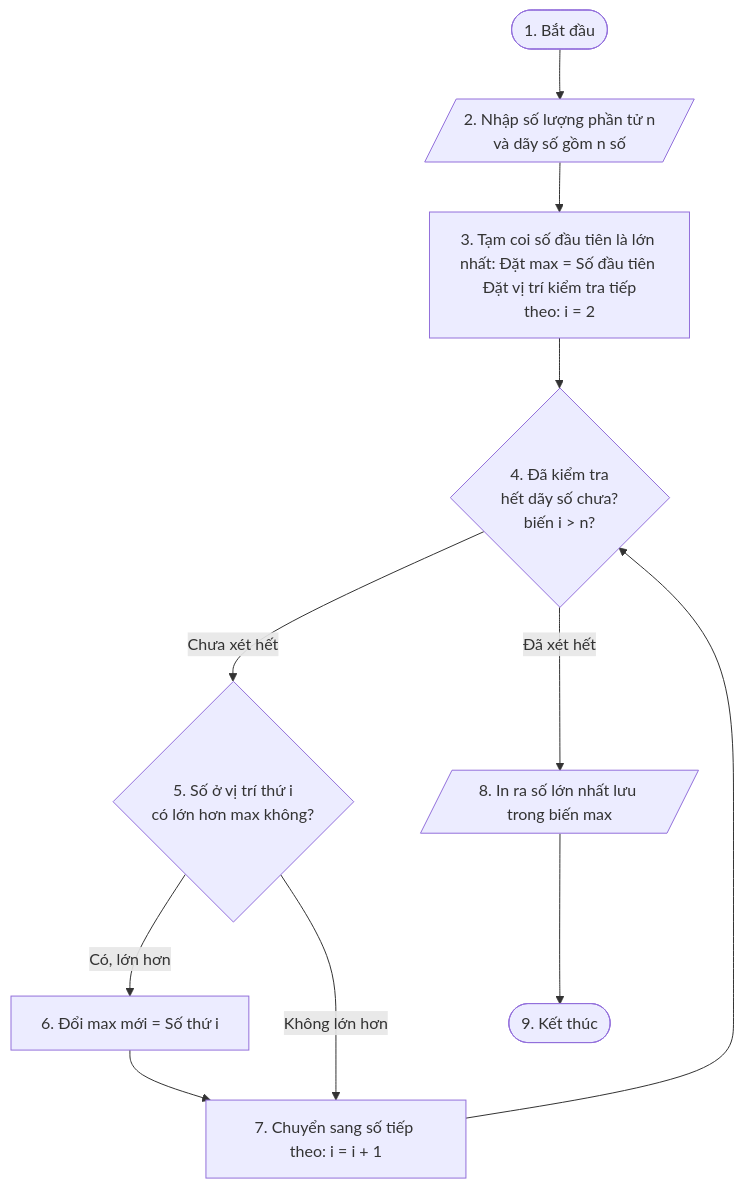
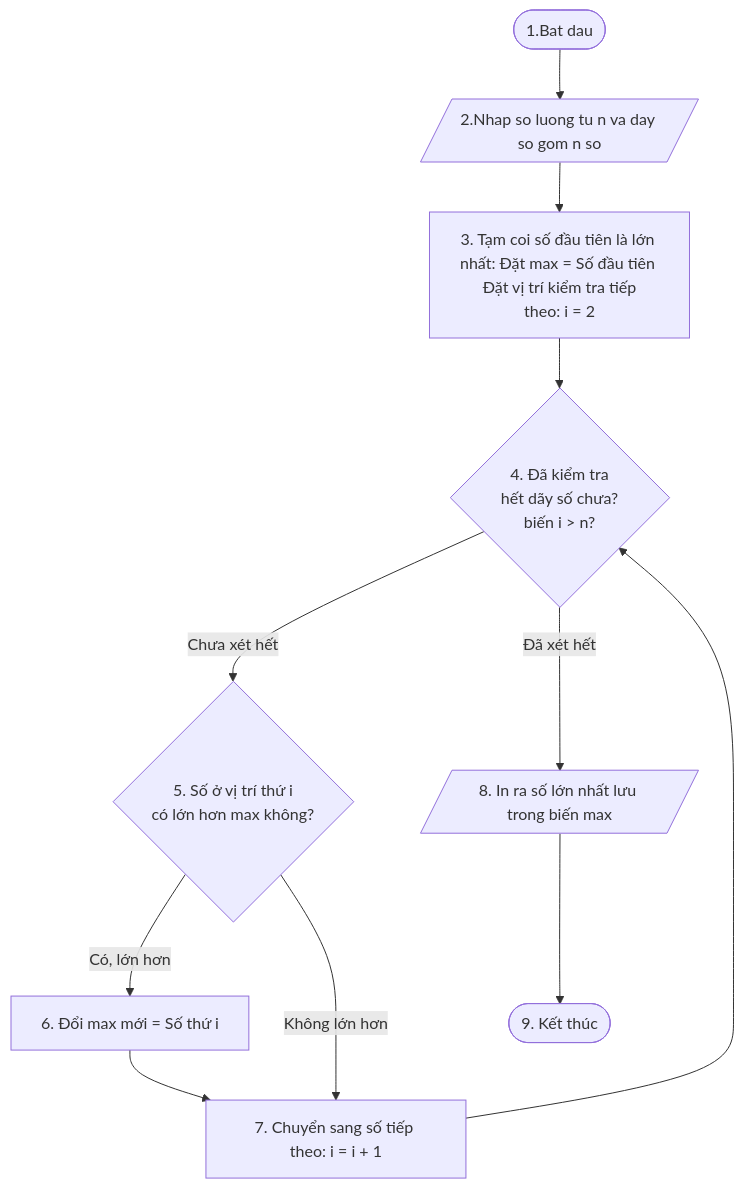
One commit to trang116974-cell/bai-thuc-hanh-01 changed the third of 4 diagrams in README.md. Above: the diagram before and after it, drawn with Mermaid. The commit also changed other lines of this file, not shown here.

````diff
--- a/README.md
+++ b/README.md
@@ -51,21 +51,21 @@
 ```mermaid
 graph TD
-    Start([1. Bắt đầu]) --> Nhap[/2. Nhập số lượng phần tử n <br> và dãy số gồm n số/]
+    Start([1.Bat dau]) --> Nhap[/2.Nhap so luong tu n va day so gom n so /]
     
     %% Bước đặt giả định ban đầu
     Nhap --> KhoiTao[3. Tạm coi số đầu tiên là lớn nhất: Đặt max = Số đầu tiên <br> Đặt vị trí kiểm tra tiếp theo: i = 2]
     
     %% Vòng lặp kiểm tra từng số một
     KhoiTao --> VongLap{4. Đã kiểm tra <br> hết dãy số chưa? <br> biến i > n?}
     
     VongLap -- Chưa xét hết --> SoSanh{5. Số ở vị trí thứ i <br> có lớn hơn max không?}
     
     %% Nhánh cập nhật max mới
     SoSanh -- Có, lớn hơn --> CapNhat[6. Đổi max mới = Số thứ i] --> TangI[7. Chuyển sang số tiếp theo: i = i + 1]
     SoSanh -- Không lớn hơn --> TangI
     TangI --> VongLap
     
     %% Nhánh kết thúc khi đã xem hết các số
     VongLap -- Đã xét hết --> InKetQua[/8. In ra số lớn nhất lưu trong biến max/]
     InKetQua --> End([9. Kết thúc])
 ```
````
